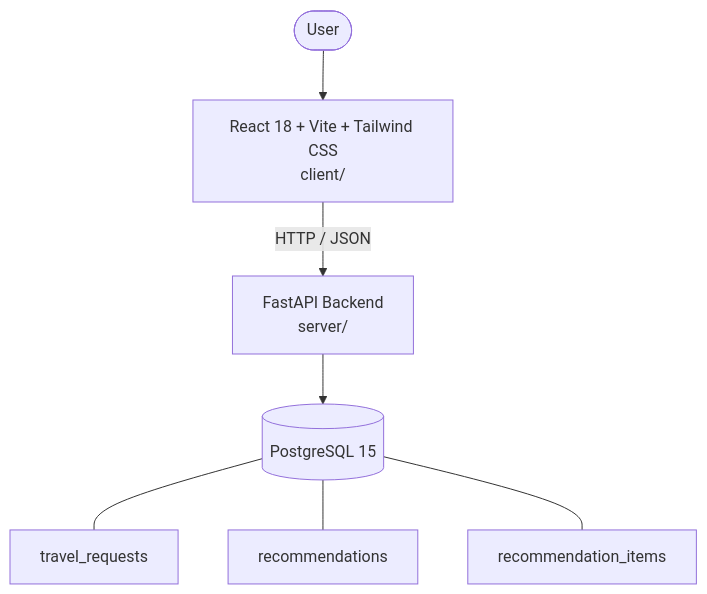
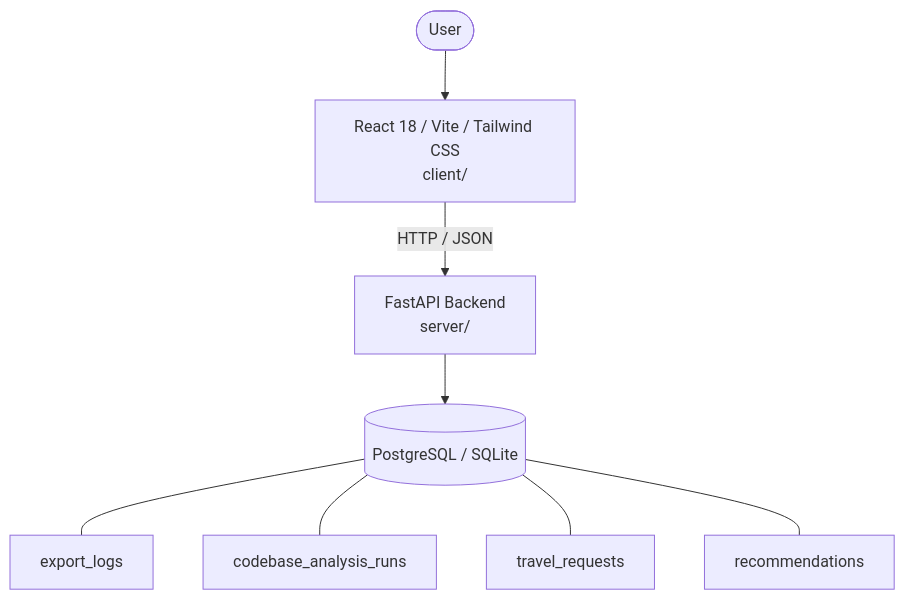
The diagram in architecture.md (p67428378-afk/test2), drawn with Mermaid before and after one commit. The commit also changed other lines of this file and 24 other files, not shown here.

Commit message:
feat(SCRUM-231): implement backend endpoints for itinerary export and codebase analyzer

````diff
--- a/architecture.md
+++ b/architecture.md
@@ -6,13 +6,14 @@
 ```mermaid
 graph TD
   User([User])
-  UI["React 18 + Vite + Tailwind CSS<br/>client/"]
+  UI["React 18 / Vite / Tailwind CSS<br/>client/"]
   API["FastAPI Backend<br/>server/"]
-  DB[("PostgreSQL 15")]
+  DB[("PostgreSQL / SQLite")]
   User --> UI
   UI -->|HTTP / JSON| API
   API --> DB
+  DB --- tbl_export_logs["export_logs"]
+  DB --- tbl_codebase_analysis_runs["codebase_analysis_runs"]
   DB --- tbl_travel_requests["travel_requests"]
   DB --- tbl_recommendations["recommendations"]
-  DB --- tbl_recommendation_items["recommendation_items"]
 ```
````
